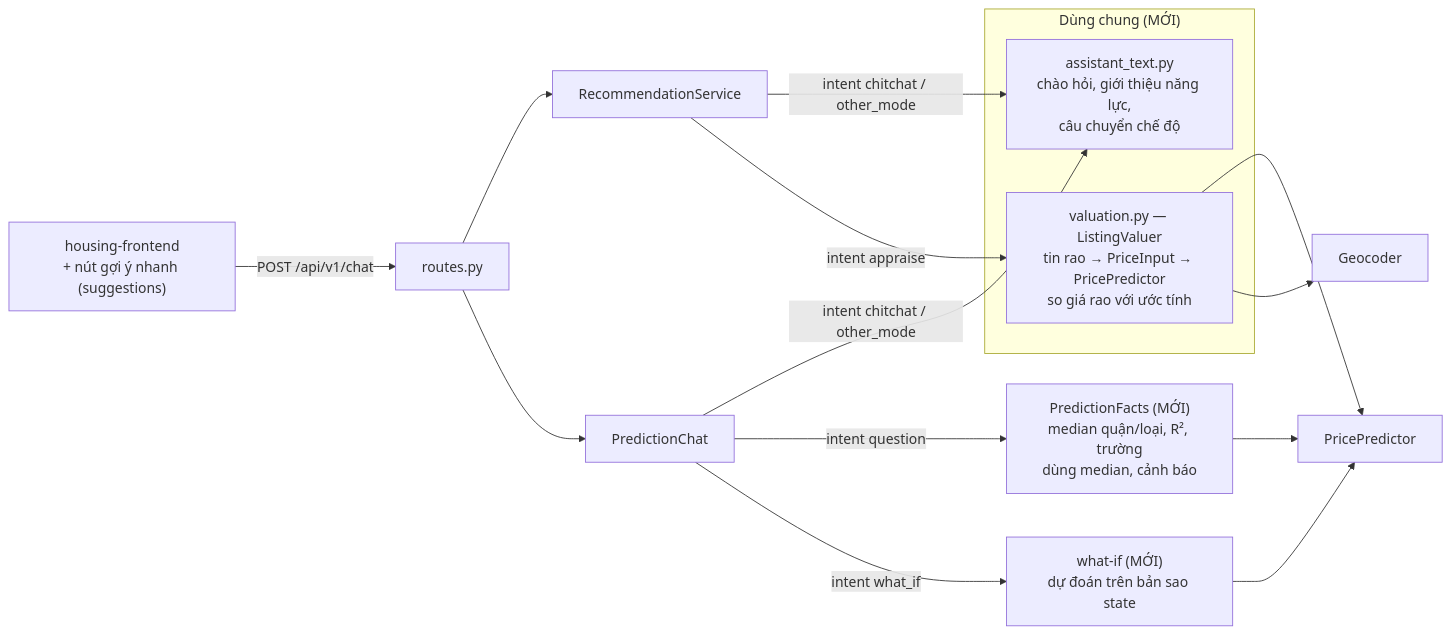
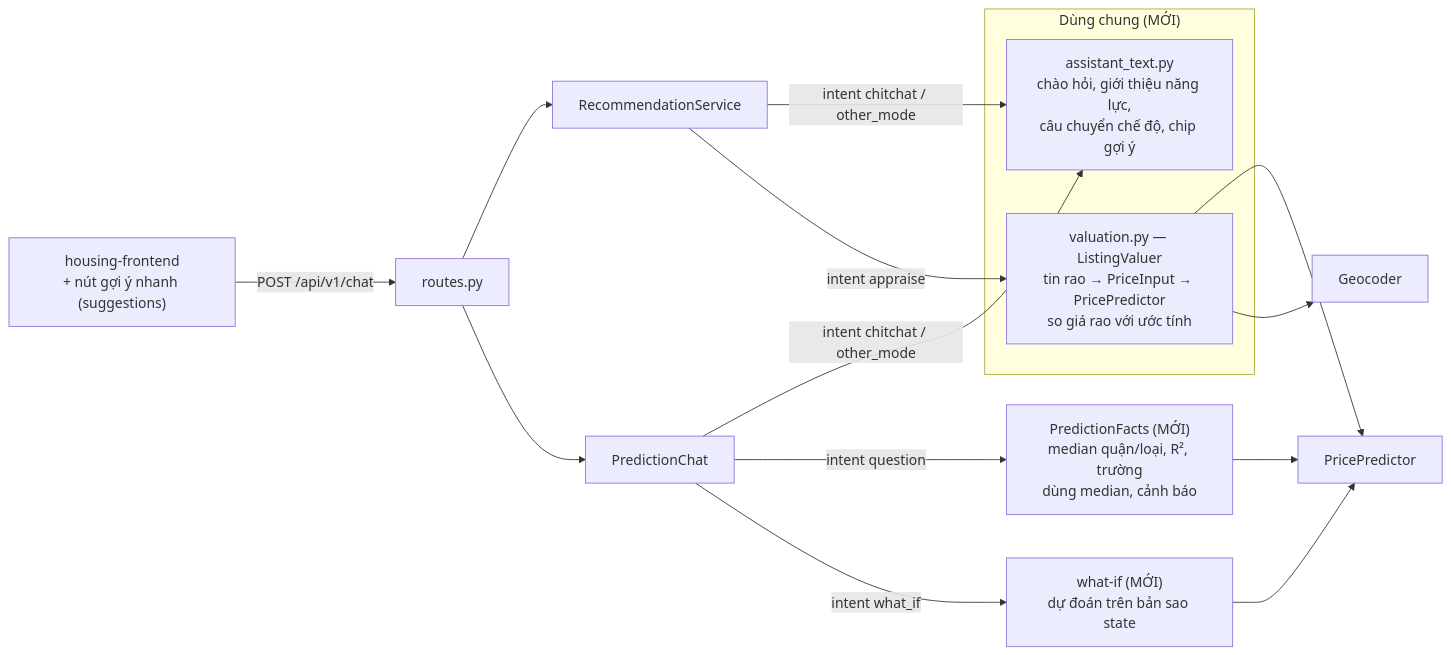
Before and after one commit to huypro2005/RAG-Real-state: the fourth of 6 diagrams in docs/tasks/chat-intelligence.md, drawn with Mermaid. The commit also changed other lines of this file and 73 other files, not shown here.

````diff
--- a/docs/tasks/chat-intelligence.md
+++ b/docs/tasks/chat-intelligence.md
@@ -105,21 +105,21 @@
 ```mermaid
 flowchart LR
     FE["housing-frontend<br/>+ nút gợi ý nhanh (suggestions)"] -->|POST /api/v1/chat| API[routes.py]
     API --> RS[RecommendationService]
     API --> PC[PredictionChat]
 
     subgraph SHARED["Dùng chung (MỚI)"]
-        SM["assistant_text.py<br/>chào hỏi, giới thiệu năng lực,<br/>câu chuyển chế độ"]
+        SM["assistant_text.py<br/>chào hỏi, giới thiệu năng lực,<br/>câu chuyển chế độ, chip gợi ý"]
         VAL["valuation.py — ListingValuer<br/>tin rao → PriceInput → PricePredictor<br/>so giá rao với ước tính"]
     end
 
     RS -->|"intent chitchat / other_mode"| SM
     RS -->|"intent appraise"| VAL
     PC -->|"intent chitchat / other_mode"| SM
     PC -->|"intent question"| FACTS["PredictionFacts (MỚI)<br/>median quận/loại, R², trường<br/>dùng median, cảnh báo"]
     PC -->|"intent what_if"| WHATIF["what-if (MỚI)<br/>dự đoán trên bản sao state"]
     VAL --> PP[PricePredictor]
     VAL --> GC[Geocoder]
     WHATIF --> PP
     FACTS --> PP
 ```
````
